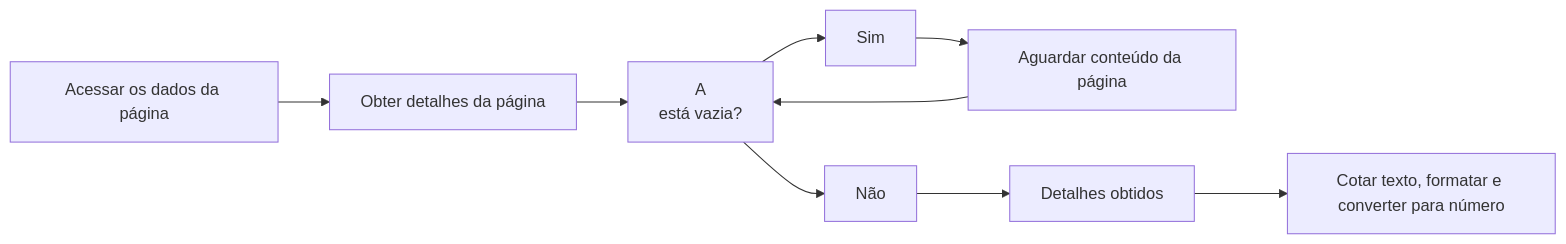
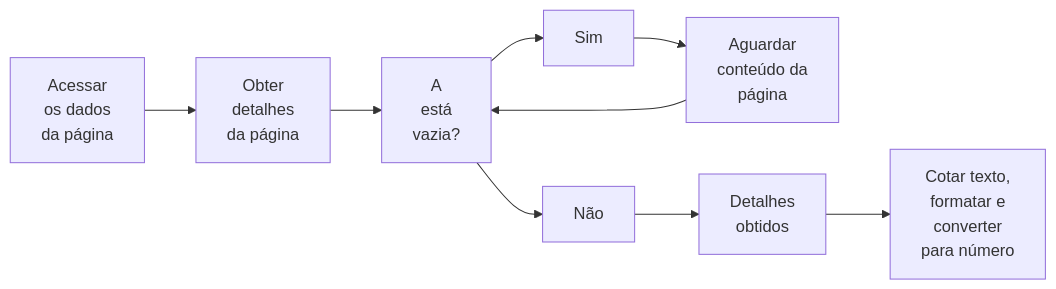
One commit to sdrariane/tcc_unip_2023 changed the second of 2 diagrams in README.md. Above: the diagram before and after it, drawn with Mermaid.

````diff
--- a/README.md
+++ b/README.md
@@ -137,26 +137,37 @@
 ```mermaid
 
 %%{init: {"flowchart": {"htmlLabels": false}} }%%
 flowchart LR
 
-accessPage["Acessar os dados da página"]
-detailPage["Obter detalhes da página"]
-loopCondition["A <div> está vazia?"]
+accessPage["Acessar
+os dados
+da página"]
+detailPage["Obter
+detalhes
+da página"]
+loopCondition["A <div> está
+vazia?"]
 loopAnswerYes["Sim"]
 loopAnswerNoo["Não"]
-waitPage["Aguardar conteúdo da página"]
-textPage["Detalhes obtidos"]
-cutFormatText["Cotar texto, formatar e converter para número"]
+waitPage["Aguardar
+conteúdo da
+página"]
+textPage["Detalhes
+obtidos"]
+cutFormatText["Cotar texto,
+formatar e
+converter
+para número"]
 
     
 accessPage --> detailPage
 detailPage --> loopCondition
 loopCondition --> loopAnswerYes
 loopAnswerYes --> waitPage
 waitPage --> loopCondition
 
 loopCondition --> loopAnswerNoo
 loopAnswerNoo --> textPage
 textPage --> cutFormatText
 
 ```
````
